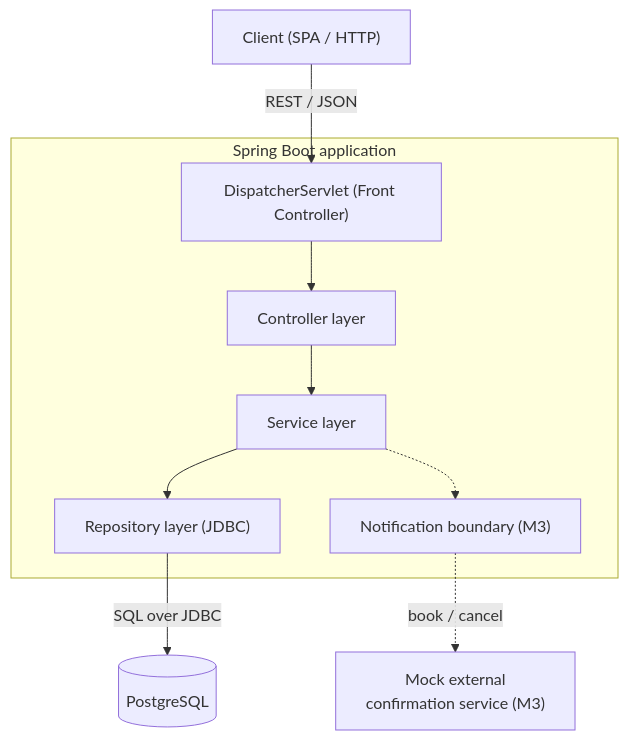
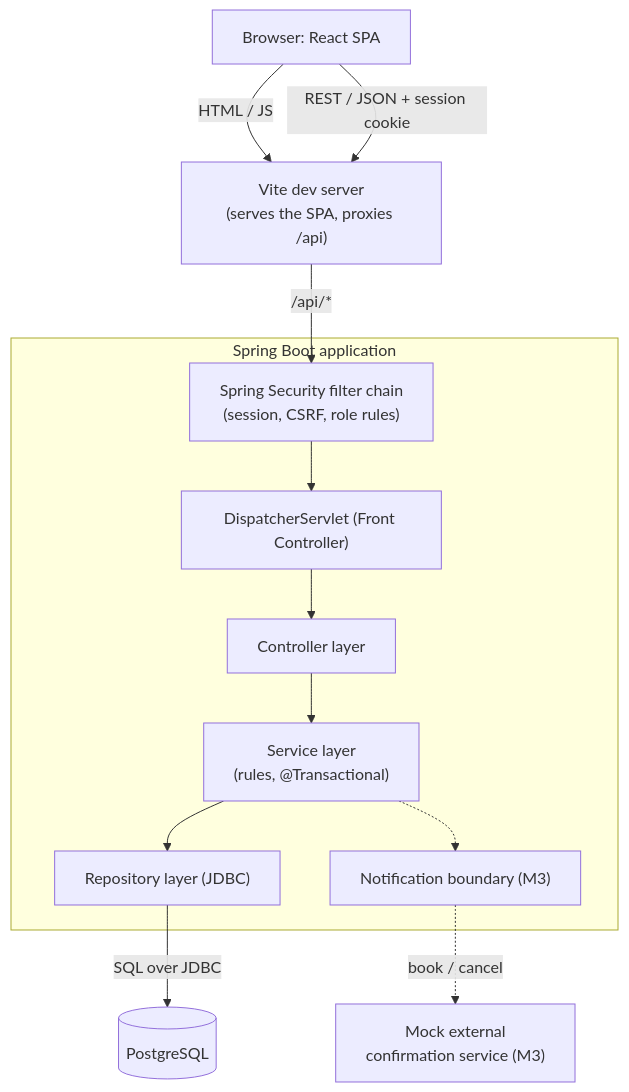
Before and after one commit to weslayer/cmpe172: the diagram in docs/architecture.md, drawn with Mermaid. The commit also changed other lines of this file and 5 other files, not shown here.

````diff
--- a/docs/architecture.md
+++ b/docs/architecture.md
@@ -5,21 +5,25 @@
 ```mermaid
 flowchart TB
-    client["Client (SPA / HTTP)"]
+    browser["Browser: React SPA"]
+    vite["Vite dev server<br/>(serves the SPA, proxies /api)"]
 
     subgraph app["Spring Boot application"]
+        sec["Spring Security filter chain<br/>(session, CSRF, role rules)"]
         fc["DispatcherServlet (Front Controller)"]
         ctrl["Controller layer"]
-        svc["Service layer"]
+        svc["Service layer<br/>(rules, @Transactional)"]
         repo["Repository layer (JDBC)"]
-        fc --> ctrl --> svc --> repo
+        sec --> fc --> ctrl --> svc --> repo
         notif["Notification boundary (M3)"]
         svc -.-> notif
     end
 
     db[("PostgreSQL")]
     ext["Mock external<br/>confirmation service (M3)"]
 
-    client -->|REST / JSON| fc
+    browser -->|HTML / JS| vite
+    browser -->|REST / JSON + session cookie| vite
+    vite -->|/api/*| sec
     repo -->|SQL over JDBC| db
     notif -.->|book / cancel| ext
 ```
````
